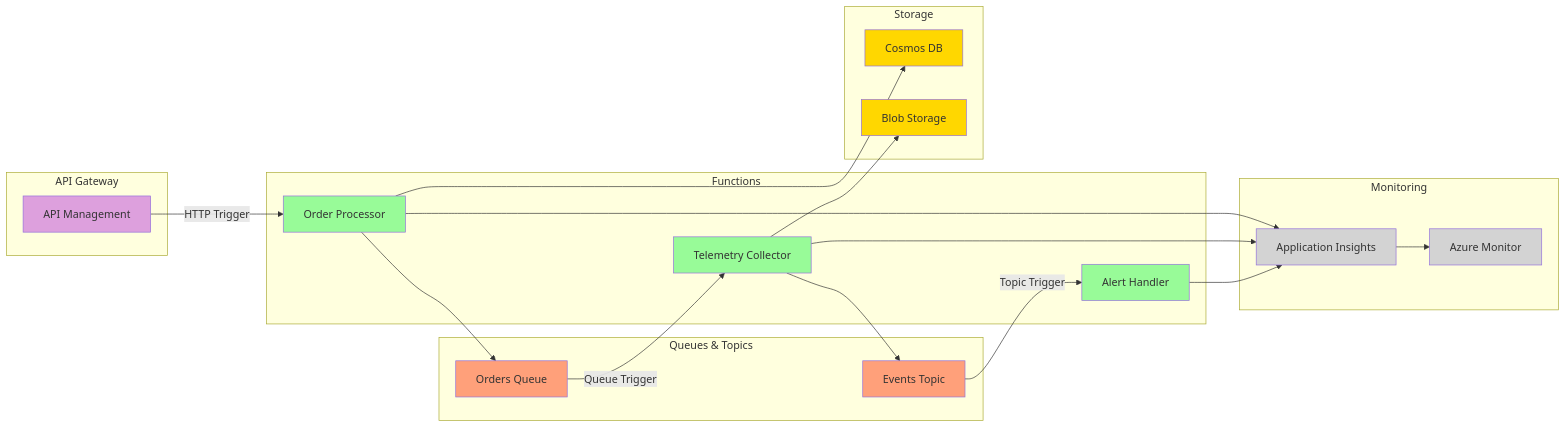
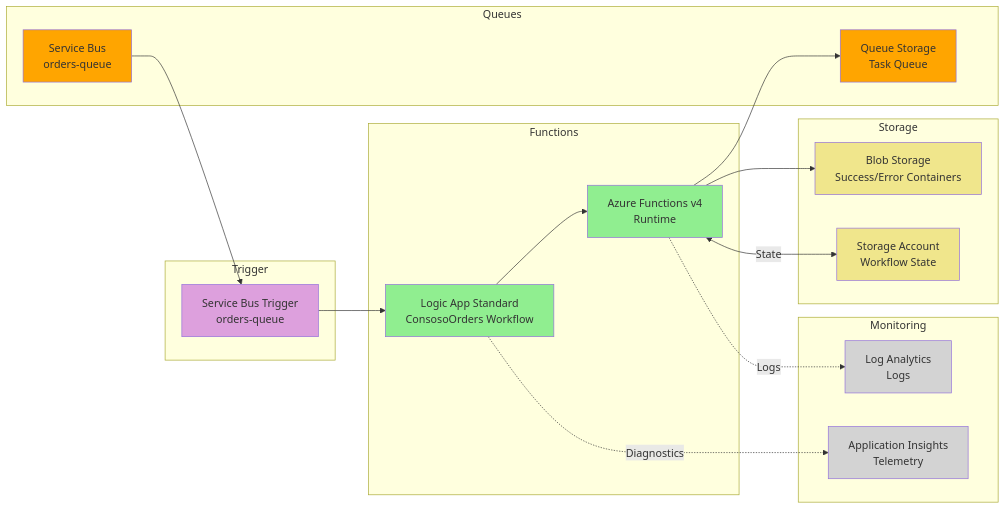
Before and after one commit to Evilazaro/Azure-LogicApps-Monitoring: diagram 11 of 12 in bdat.md, drawn with Mermaid. The commit also changed other lines of this file and 1 other file, not shown here.

````diff
--- a/bdat.md
+++ b/bdat.md
@@ -666,55 +654,46 @@
 ```mermaid
 flowchart LR
-    subgraph "API Gateway"
-        APIM[API Management]
+    subgraph Trigger
+        SB_TRIG[Service Bus Trigger<br/>orders-queue]
     end
     
-    subgraph "Functions"
-        FN1[Order Processor]
-        FN2[Telemetry Collector]
-        FN3[Alert Handler]
+    subgraph Functions
+        LA[Logic App Standard<br/>ConsosoOrders Workflow]
+        FX[Azure Functions v4<br/>Runtime]
     end
     
-    subgraph "Queues & Topics"
-        Q1[Orders Queue]
-        T1[Events Topic]
+    subgraph Queues
+        SB[Service Bus<br/>orders-queue]
+        QS[Queue Storage<br/>Task Queue]
     end
     
-    subgraph "Storage"
-        ST1[Cosmos DB]
-        ST2[Blob Storage]
+    subgraph Storage
+        BLOB[Blob Storage<br/>Success/Error Containers]
+        SA[Storage Account<br/>Workflow State]
     end
     
-    subgraph "Monitoring"
-        AI[Application Insights]
-        AM[Azure Monitor]
+    subgraph Monitoring
+        AI[Application Insights<br/>Telemetry]
+        LAW[Log Analytics<br/>Logs]
     end
     
-    APIM -->|HTTP Trigger| FN1
+    SB --> SB_TRIG
+    SB_TRIG --> LA
+    LA --> FX
+    FX --> QS
+    FX --> BLOB
+    FX <-->|State| SA
     
-    FN1 --> Q1
-    Q1 -->|Queue Trigger| FN2
+    LA -.->|Diagnostics| AI
+    FX -.->|Logs| LAW
     
-    FN2 --> T1
-    T1 -->|Topic Trigger| FN3
-    
-    FN1 --> ST1
-    FN2 --> ST2
-    
-    FN1 --> AI
-    FN2 --> AI
-    FN3 --> AI
-    
-    AI --> AM
-    
-    style APIM fill:#DDA0DD
-    style FN1 fill:#98FB98
-    style FN2 fill:#98FB98
-    style FN3 fill:#98FB98
-    style Q1 fill:#FFA07A
-    style T1 fill:#FFA07A
-    style ST1 fill:#FFD700
-    style ST2 fill:#FFD700
+    style SB_TRIG fill:#DDA0DD
+    style LA fill:#90EE90
+    style FX fill:#90EE90
+    style SB fill:#FFA500
+    style QS fill:#FFA500
+    style BLOB fill:#F0E68C
+    style SA fill:#F0E68C
     style AI fill:#D3D3D3
-    style AM fill:#D3D3D3
+    style LAW fill:#D3D3D3
 ```
````
